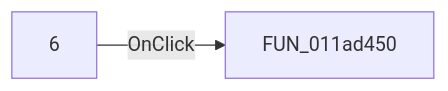
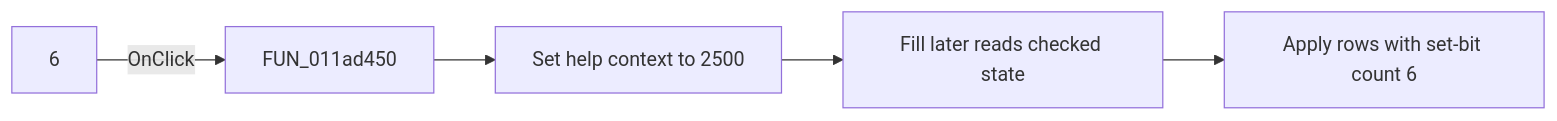
The diagram in docs/ui-controls/tables-form/checkbox7-8b6d948b8a.md (MovGP0/TIARA), drawn with Mermaid before and after one commit. The commit also changed other lines of this file and 387 other files, not shown here.

````diff
--- a/docs/ui-controls/tables-form/checkbox7-8b6d948b8a.md
+++ b/docs/ui-controls/tables-form/checkbox7-8b6d948b8a.md
@@ -27,4 +27,7 @@
 ```mermaid
 flowchart LR
     control["6"] -->|OnClick| handler["FUN_011ad450"]
+    handler --> topic["Set help context to 2500"]
+    topic --> fill["Fill later reads checked state"]
+    fill --> rows["Apply rows with set-bit count 6"]
 ```
````
